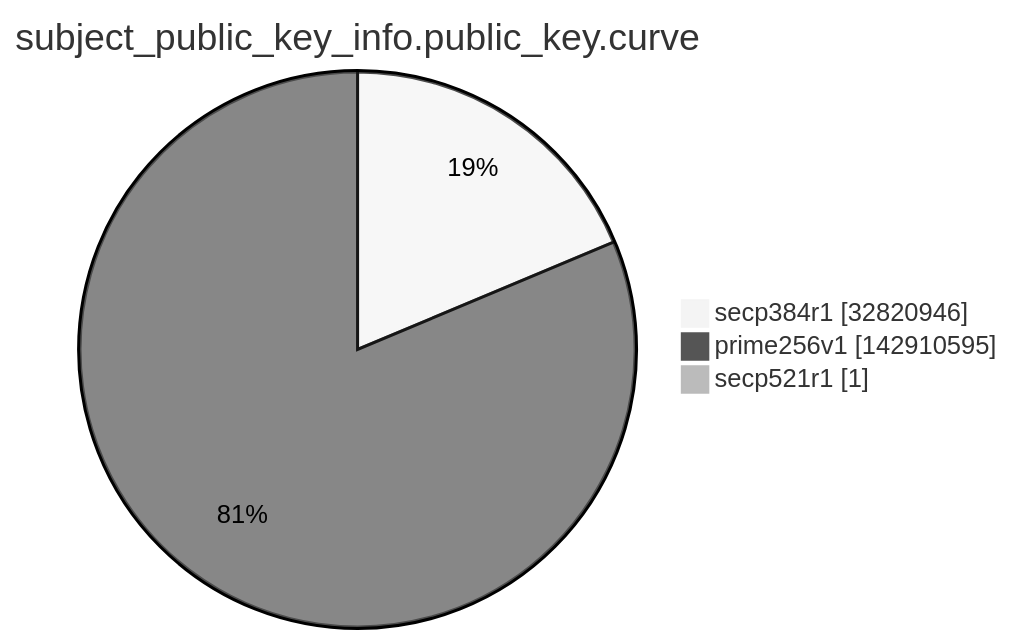
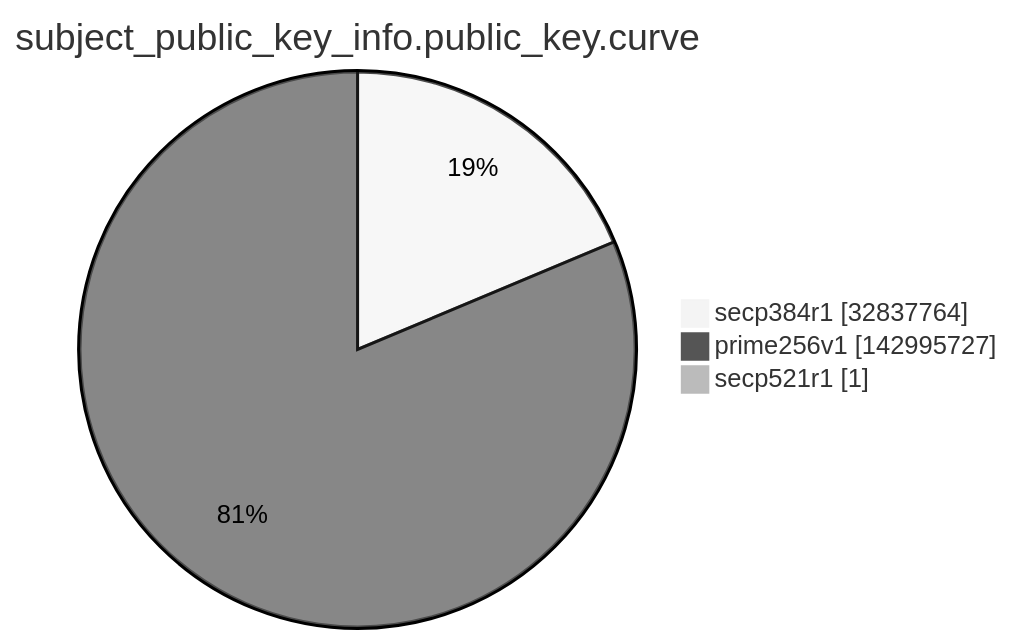
One commit to christiankrug/ctmonitor_visualization changed the ninth of 15 diagrams in argon2022/README.md. Above: the diagram before and after it, drawn with Mermaid (neutral theme). The commit also changed other lines of this file, not shown here.

````diff
--- a/argon2022/README.md
+++ b/argon2022/README.md
@@ -2764,7 +2764,7 @@
 ```mermaid
 pie showData
 title subject_public_key_info.public_key.curve
-"secp384r1" :32820946
-"prime256v1" :142910595
+"secp384r1" :32837764
+"prime256v1" :142995727
 "secp521r1" :1
 ```
````
